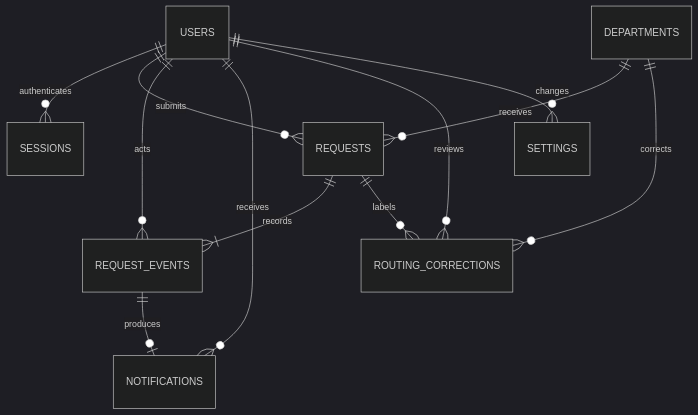
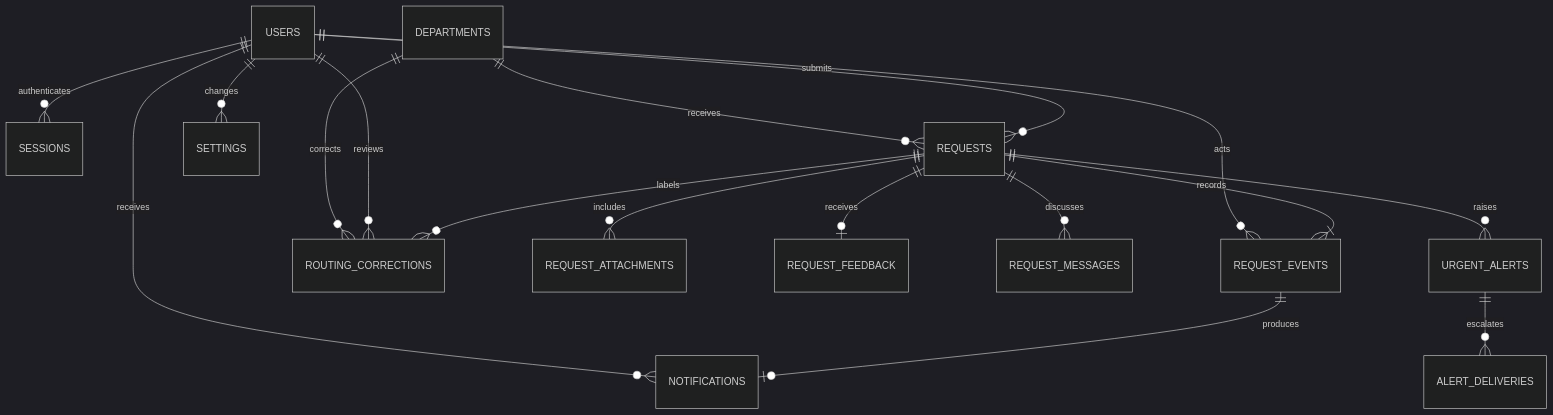
Before and after one commit to eclipse775/ASRS-AI-Student-Routing-System: the third of 4 diagrams in docs/architecture.md, drawn with Mermaid (dark theme). The commit also changed other lines of this file and 39 other files, not shown here.

````diff
--- a/docs/architecture.md
+++ b/docs/architecture.md
@@ -38,14 +39,19 @@
 ```mermaid
 erDiagram
   USERS ||--o{ SESSIONS : authenticates
   USERS ||--o{ REQUESTS : submits
   DEPARTMENTS ||--o{ REQUESTS : receives
   REQUESTS ||--|{ REQUEST_EVENTS : records
   USERS ||--o{ REQUEST_EVENTS : acts
   REQUEST_EVENTS ||--o| NOTIFICATIONS : produces
   USERS ||--o{ NOTIFICATIONS : receives
   REQUESTS ||--o{ ROUTING_CORRECTIONS : labels
   USERS ||--o{ ROUTING_CORRECTIONS : reviews
   DEPARTMENTS ||--o{ ROUTING_CORRECTIONS : corrects
   USERS ||--o{ SETTINGS : changes
+  REQUESTS ||--o{ REQUEST_ATTACHMENTS : includes
+  REQUESTS ||--o| REQUEST_FEEDBACK : receives
+  REQUESTS ||--o{ REQUEST_MESSAGES : discusses
+  REQUESTS ||--o{ URGENT_ALERTS : raises
+  URGENT_ALERTS ||--o{ ALERT_DELIVERIES : escalates
 ```
````
